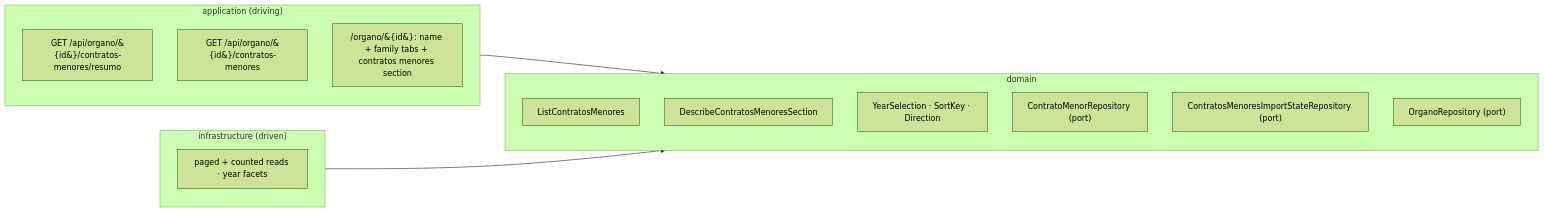
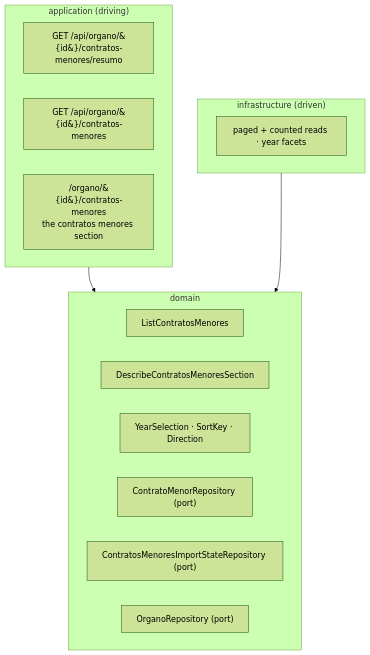
The diagram in docs/features/FEAT-0011-contratos-menores-browsing/README.md (earelin/conxugal), drawn with Mermaid (forest theme) before and after one commit.

Commit message:
docs: FEAT-0011's hexagonal diagram reads top to bottom
Three layers side by side is a landscape picture that is hard to read at
the width a README is viewed at.

Flipping the outer flow to TB is not enough on its own; it would have made
it worse. The domain box holds six nodes with no edges between them, and
those stack along the axis perpendicular to the flow — a column under LR,
a six-box row under TB. Each subgraph therefore keeps direction LR
internally, so its nodes share rank 0 and stack vertically, while the
three layers rank top to bottom.

Invisible links (~~~) would express the same intent more directly and are
valid mermaid, but maid rejects them chained or not, so they are not
available under docs-lint.

The application box also still named the page and its family tabs, which
moved to FEAT-0013 when the Organo page was split out. It now names the
section this feature builds, at /organo/{id}/contratos-menores, agreeing
with the prose that already disclaimed the page.

Claude-Session: https://claude.ai/code/session_01FAt7VTbiQrDJtR6DHsbNT9

````diff
--- a/docs/features/FEAT-0011-contratos-menores-browsing/README.md
+++ b/docs/features/FEAT-0011-contratos-menores-browsing/README.md
@@ -135,21 +135,24 @@
 ```mermaid
-flowchart LR
+flowchart TB
     subgraph application["application (driving)"]
+        direction LR
         resumoApi["GET /api/organo/&#123;id&#125;/contratos-menores/resumo"]
         listApi["GET /api/organo/&#123;id&#125;/contratos-menores"]
-        pageUi["/organo/&#123;id&#125;: name + family tabs + contratos menores section"]
+        sectionUi["/organo/&#123;id&#125;/contratos-menores<br/>the contratos menores section"]
     end
     subgraph domain["domain"]
+        direction LR
         listUc["ListContratosMenores"]
         resumoUc["DescribeContratosMenoresSection"]
         selection["YearSelection · SortKey · Direction"]
         contratoRepo["ContratoMenorRepository (port)"]
         stateRepo["ContratosMenoresImportStateRepository (port)"]
         organoRepo["OrganoRepository (port)"]
     end
     subgraph infrastructure["infrastructure (driven)"]
+        direction LR
         jdbcReads["paged + counted reads · year facets"]
     end
     application --> domain
     infrastructure --> domain
 ```
````
